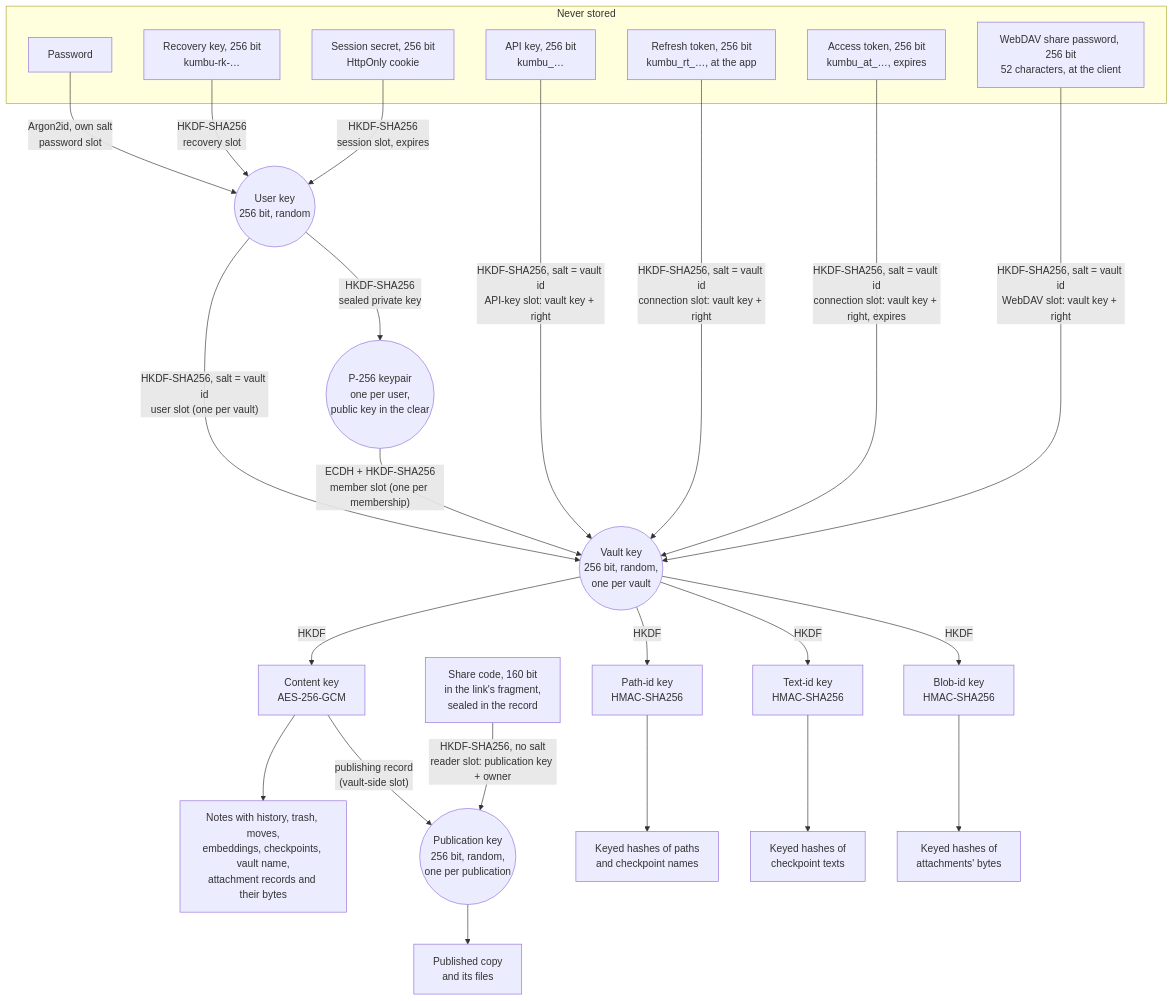
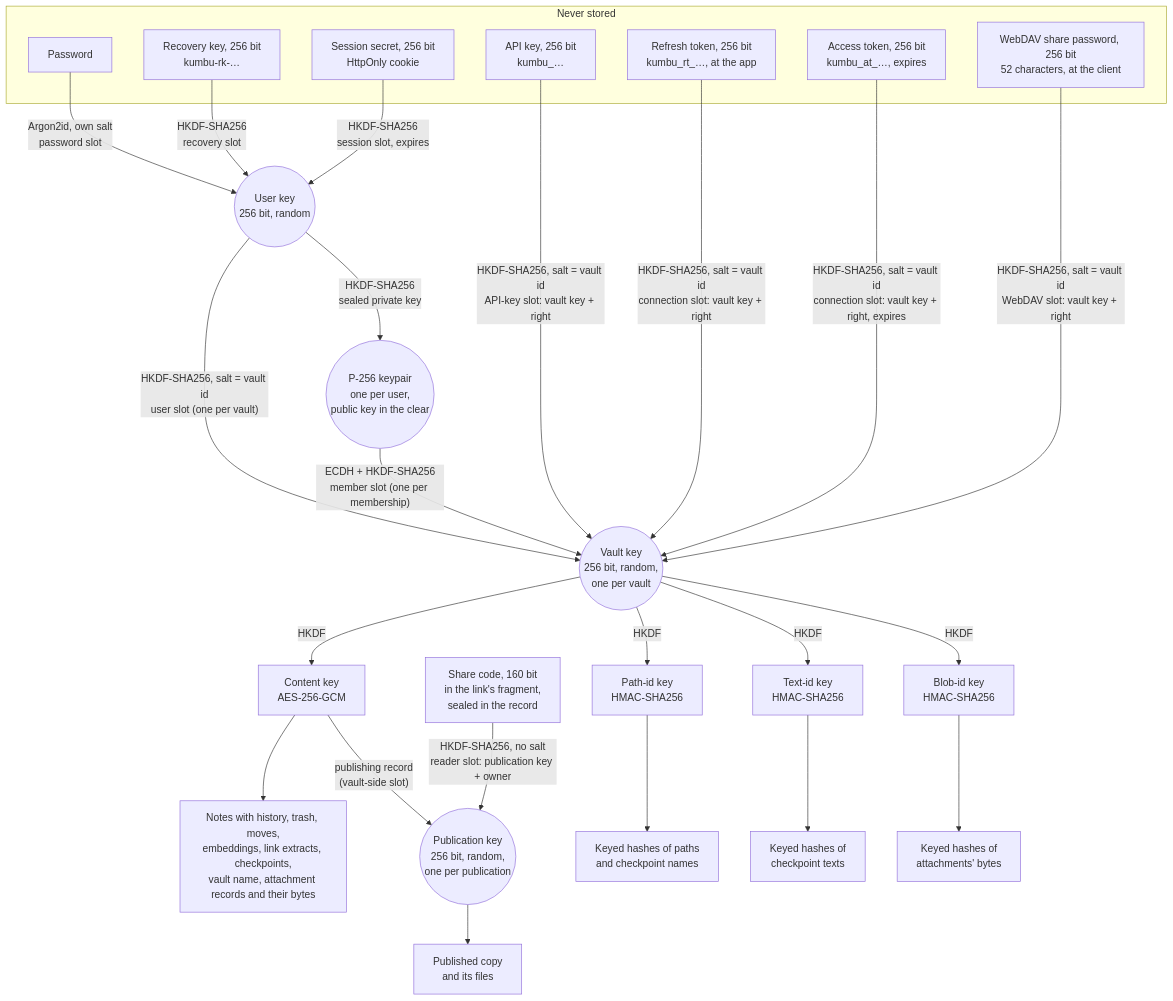
Before and after one commit to SCAI-NGO/kumbukumbu: the first of 3 diagrams in docs/security-architecture.md, drawn with Mermaid. The commit also changed other lines of this file and 49 other files, not shown here.

First line of the commit message:
Build the graph backend: a sealed link index, the graph queries, sh graph and /api/graph (#224)

````diff
--- a/docs/security-architecture.md
+++ b/docs/security-architecture.md
@@ -89,38 +89,38 @@
 ```mermaid
 flowchart TB
   subgraph held["Never stored"]
     PW["Password"]
     RK["Recovery key, 256 bit<br/>kumbu-rk-…"]
     SC["Session secret, 256 bit<br/>HttpOnly cookie"]
     AK["API key, 256 bit<br/>kumbu_…"]
     RT["Refresh token, 256 bit<br/>kumbu_rt_…, at the app"]
     AT["Access token, 256 bit<br/>kumbu_at_…, expires"]
     DP["WebDAV share password, 256 bit<br/>52 characters, at the client"]
   end
 
   UK(("User key<br/>256 bit, random"))
   VK(("Vault key<br/>256 bit, random,<br/>one per vault"))
 
   PW -- "Argon2id, own salt<br/>password slot" --> UK
   RK -- "HKDF-SHA256<br/>recovery slot" --> UK
   SC -- "HKDF-SHA256<br/>session slot, expires" --> UK
   UK -- "HKDF-SHA256, salt = vault id<br/>user slot (one per vault)" --> VK
   UK -- "HKDF-SHA256<br/>sealed private key" --> PRIV(("P-256 keypair<br/>one per user,<br/>public key in the clear"))
   PRIV -- "ECDH + HKDF-SHA256<br/>member slot (one per membership)" --> VK
   AK -- "HKDF-SHA256, salt = vault id<br/>API-key slot: vault key + right" --> VK
   RT -- "HKDF-SHA256, salt = vault id<br/>connection slot: vault key + right" --> VK
   AT -- "HKDF-SHA256, salt = vault id<br/>connection slot: vault key + right, expires" --> VK
   DP -- "HKDF-SHA256, salt = vault id<br/>WebDAV slot: vault key + right" --> VK
 
   VK -- HKDF --> CK["Content key<br/>AES-256-GCM"]
   VK -- HKDF --> PK["Path-id key<br/>HMAC-SHA256"]
   VK -- HKDF --> TK["Text-id key<br/>HMAC-SHA256"]
   VK -- HKDF --> BK["Blob-id key<br/>HMAC-SHA256"]
-  CK --> DATA["Notes with history, trash, moves,<br/>embeddings, checkpoints, vault name,<br/>attachment records and their bytes"]
+  CK --> DATA["Notes with history, trash, moves,<br/>embeddings, link extracts, checkpoints,<br/>vault name, attachment records and their bytes"]
   CK -- "publishing record<br/>(vault-side slot)" --> PUBK(("Publication key<br/>256 bit, random,<br/>one per publication"))
   CODE["Share code, 160 bit<br/>in the link's fragment,<br/>sealed in the record"] -- "HKDF-SHA256, no salt<br/>reader slot: publication key + owner" --> PUBK
   PUBK --> COPY["Published copy<br/>and its files"]
   PK --> IDS["Keyed hashes of paths<br/>and checkpoint names"]
   TK --> TXT["Keyed hashes of<br/>checkpoint texts"]
   BK --> BID["Keyed hashes of<br/>attachments' bytes"]
 ```
````
